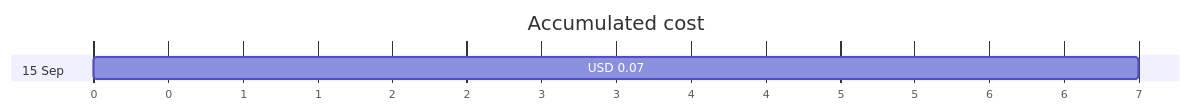
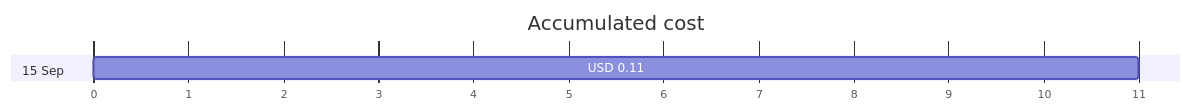
Before and after one commit to jpfulton/azure-personal-reports: the first of 4 diagrams in cost-reports/personal-network/vpn-server-public-ip.md, drawn with Mermaid. The commit also changed other lines of this file and 17 other files, not shown here.

````diff
--- a/cost-reports/personal-network/vpn-server-public-ip.md
+++ b/cost-reports/personal-network/vpn-server-public-ip.md
@@ -20,8 +20,8 @@
 ```mermaid
 gantt
    title Accumulated cost
    dateFormat  X
    axisFormat %s
    section 15 Sep
-   USD 0.07 :0, 7
+   USD 0.11 :0, 11
 ```
````
